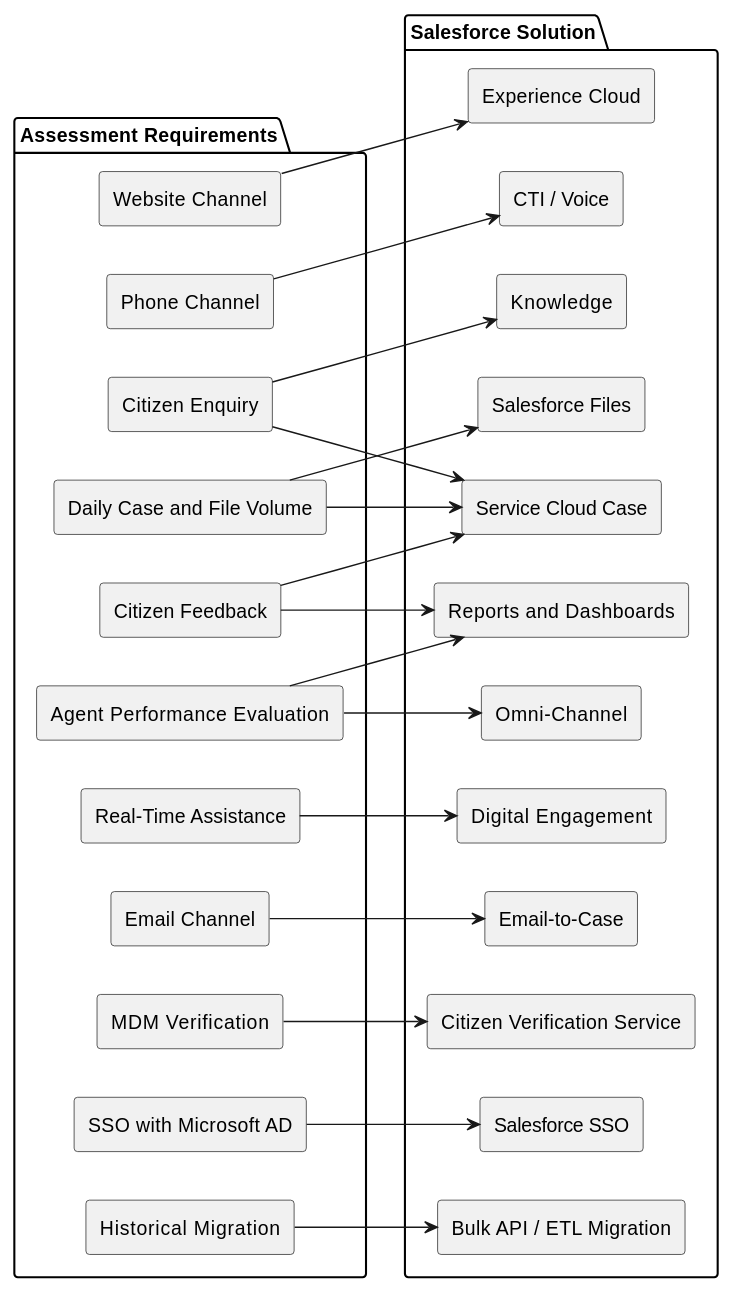
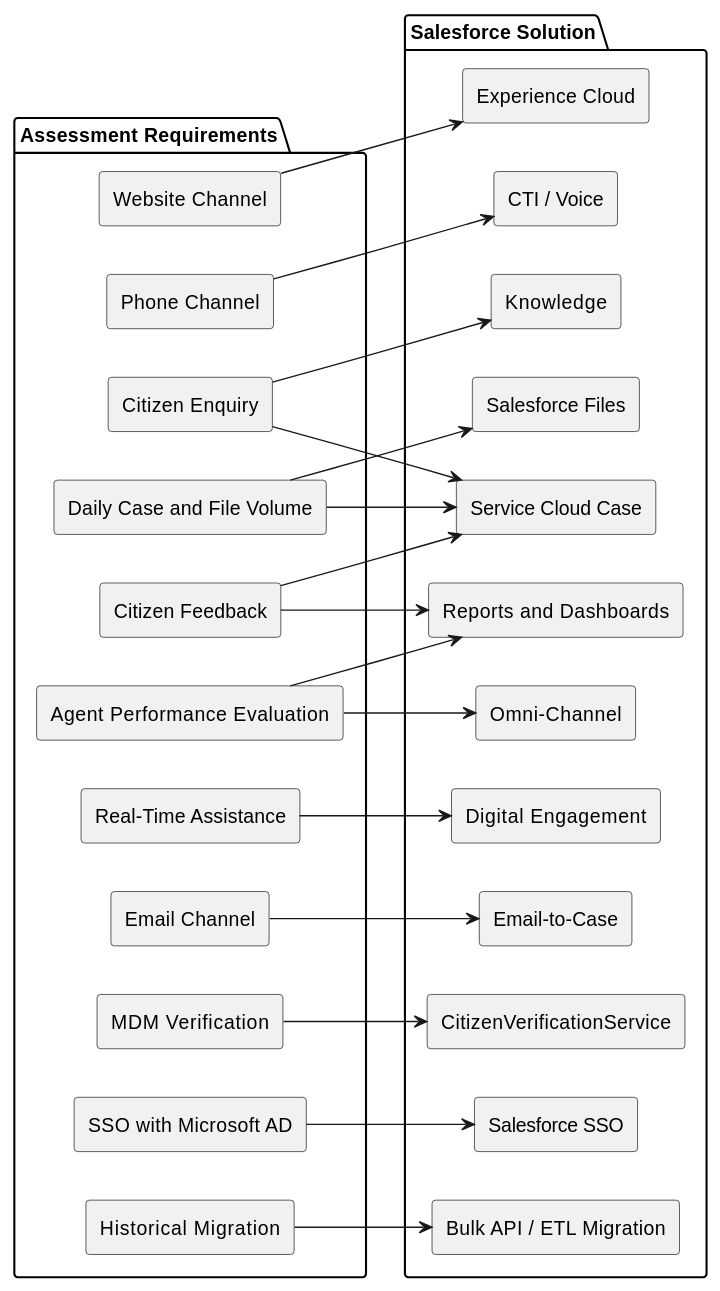
The first of 26 diagrams in doc/SADD Task 2.md (jimmytobing/virtusa), drawn with PlantUML before and after one commit. The commit also changed other lines of this file and 27 other files, not shown here.

````diff
--- a/doc/SADD Task 2.md
+++ b/doc/SADD Task 2.md
@@ -15,52 +19,52 @@
 ```plantuml
 @startuml
 left to right direction
 skinparam componentStyle rectangle
 
 package "Assessment Requirements" {
   [Citizen Enquiry]
   [Citizen Feedback]
   [Website Channel]
   [Phone Channel]
   [Real-Time Assistance]
   [Email Channel]
   [MDM Verification]
   [SSO with Microsoft AD]
   [Historical Migration]
   [Daily Case and File Volume]
   [Agent Performance Evaluation]
 }
 
 package "Salesforce Solution" {
   [Service Cloud Case]
   [Experience Cloud]
   [CTI / Voice]
   [Digital Engagement]
   [Email-to-Case]
-  [Citizen Verification Service]
+  [CitizenVerificationService]
   [Salesforce SSO]
   [Bulk API / ETL Migration]
   [Salesforce Files]
   [Reports and Dashboards]
   [Omni-Channel]
   [Knowledge]
 }
 
 [Citizen Enquiry] --> [Service Cloud Case]
 [Citizen Enquiry] --> [Knowledge]
 [Citizen Feedback] --> [Service Cloud Case]
 [Citizen Feedback] --> [Reports and Dashboards]
 [Website Channel] --> [Experience Cloud]
 [Phone Channel] --> [CTI / Voice]
 [Real-Time Assistance] --> [Digital Engagement]
 [Email Channel] --> [Email-to-Case]
-[MDM Verification] --> [Citizen Verification Service]
+[MDM Verification] --> [CitizenVerificationService]
 [SSO with Microsoft AD] --> [Salesforce SSO]
 [Historical Migration] --> [Bulk API / ETL Migration]
 [Daily Case and File Volume] --> [Salesforce Files]
 [Daily Case and File Volume] --> [Service Cloud Case]
 [Agent Performance Evaluation] --> [Reports and Dashboards]
 [Agent Performance Evaluation] --> [Omni-Channel]
 
 @enduml
 ```
````
